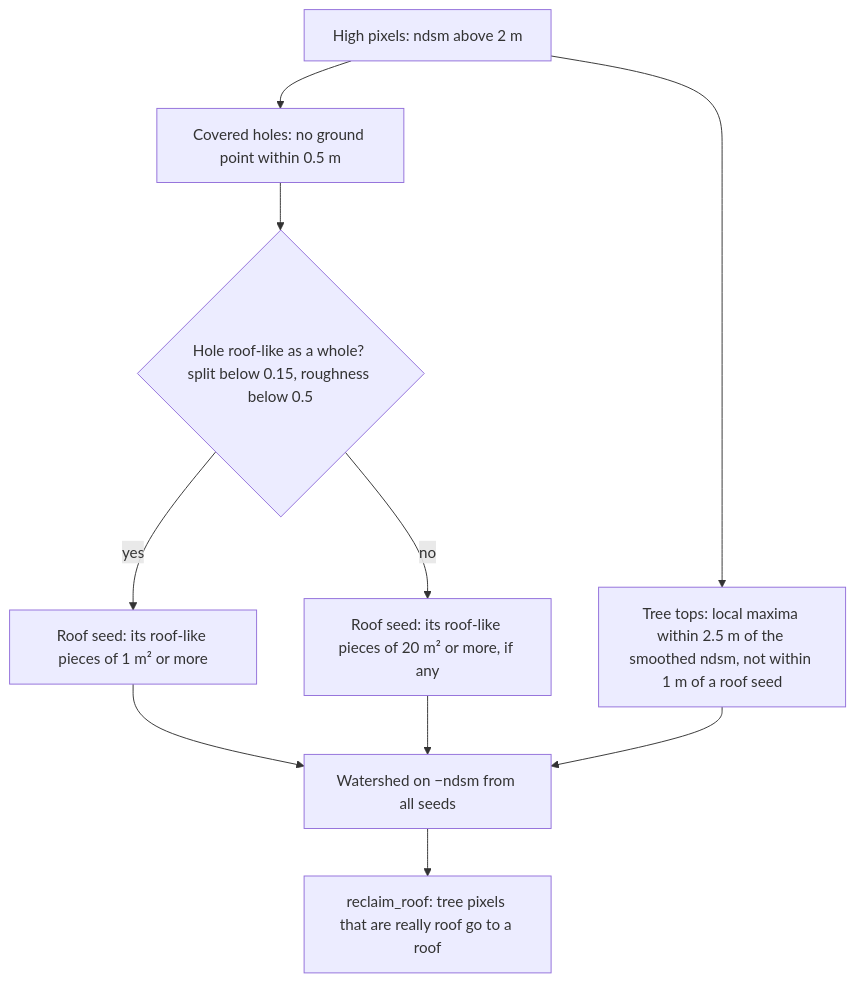
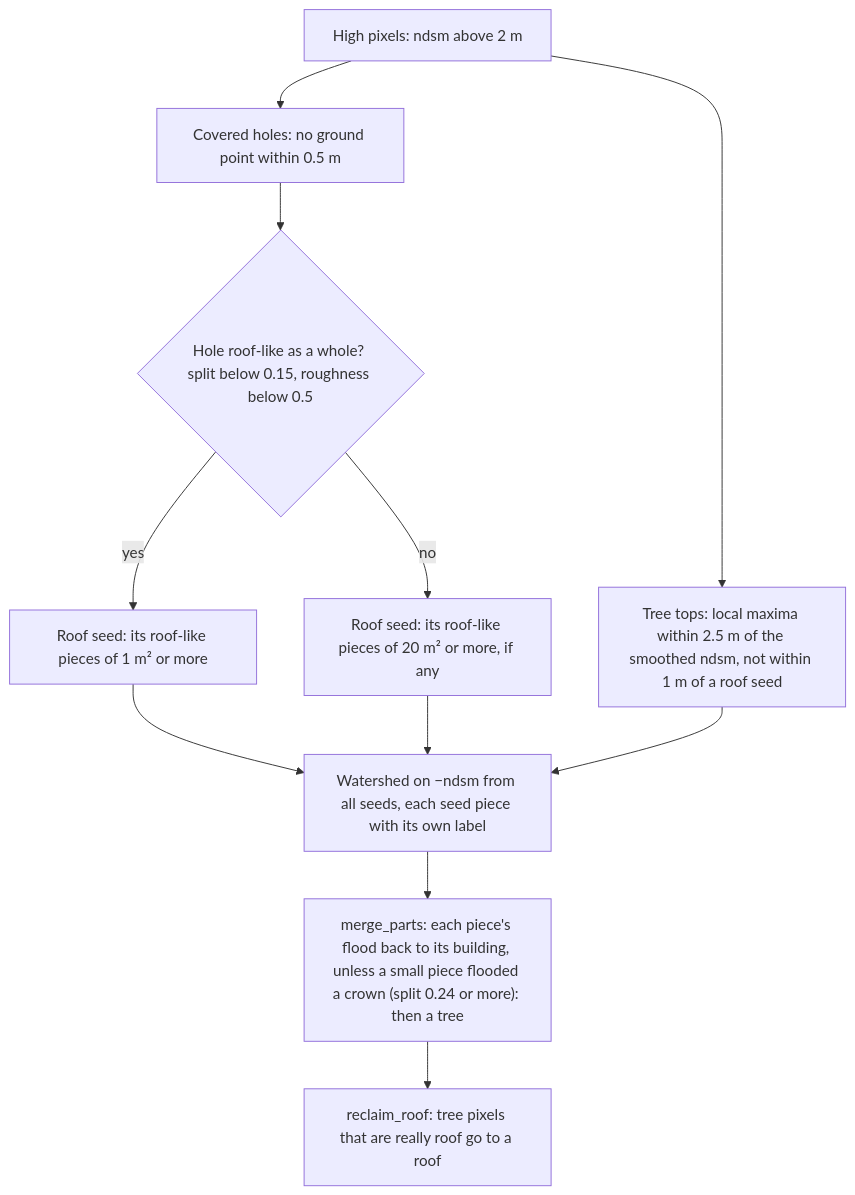
Before and after one commit to kulpojke/detection: the second of 4 diagrams in theoretical_basis.md, drawn with Mermaid. The commit also changed other lines of this file and 7 other files, not shown here.

````diff
--- a/theoretical_basis.md
+++ b/theoretical_basis.md
@@ -100,12 +103,13 @@
 ```mermaid
 flowchart TD
   H["High pixels: ndsm above 2 m"] --> CH["Covered holes: no ground point within 0.5 m"]
   CH --> Q{"Hole roof-like as a whole? split below 0.15, roughness below 0.5"}
   Q -- yes --> S1["Roof seed: its roof-like pieces of 1 m² or more"]
   Q -- no --> S2["Roof seed: its roof-like pieces of 20 m² or more, if any"]
   H --> TT["Tree tops: local maxima within 2.5 m of the smoothed ndsm, not within 1 m of a roof seed"]
-  S1 --> W["Watershed on −ndsm from all seeds"]
+  S1 --> W["Watershed on −ndsm from all seeds, each seed piece with its own label"]
   S2 --> W
   TT --> W
-  W --> RR["reclaim_roof: tree pixels that are really roof go to a roof"]
+  W --> MP["merge_parts: each piece's flood back to its building, unless a small piece flooded a crown (split 0.24 or more): then a tree"]
+  MP --> RR["reclaim_roof: tree pixels that are really roof go to a roof"]
 ```
````
